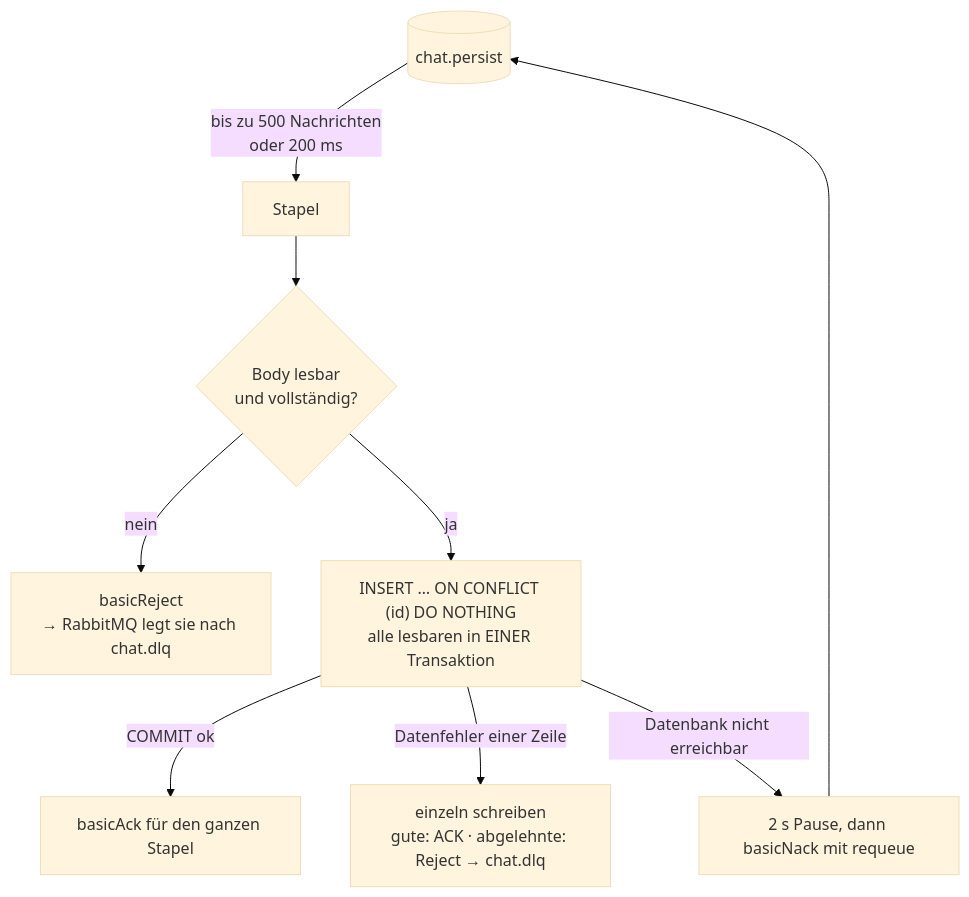
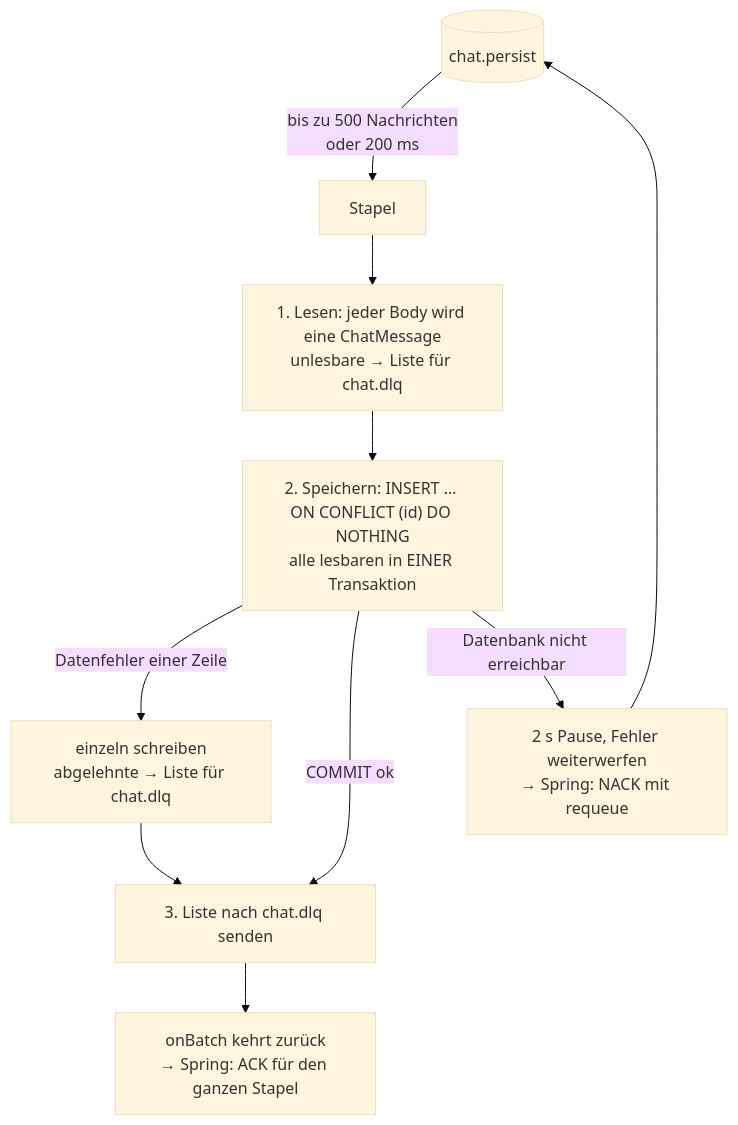
The diagram in docs/spec-batch-writer.md (omerhamdiu17-web/it3c-m321), drawn with Mermaid (base theme) before and after one commit. The commit also changed other lines of this file, not shown here.

Commit message:
docs: Spezifikation – Spring bestätigt die Stapel

````diff
--- a/docs/spec-batch-writer.md
+++ b/docs/spec-batch-writer.md
@@ -193,11 +197,12 @@
 ```mermaid
 flowchart TD
     Q[("chat.persist")] -->|"bis zu 500 Nachrichten<br/>oder 200 ms"| S["Stapel"]
-    S --> R{"Body lesbar<br/>und vollständig?"}
-    R -->|nein| X["basicReject<br/>→ RabbitMQ legt sie nach chat.dlq"]
-    R -->|ja| I["INSERT … ON CONFLICT (id) DO NOTHING<br/>alle lesbaren in EINER Transaktion"]
-    I -->|COMMIT ok| A["basicAck für den ganzen Stapel"]
-    I -->|Datenfehler einer Zeile| E["einzeln schreiben<br/>gute: ACK · abgelehnte: Reject → chat.dlq"]
-    I -->|Datenbank nicht erreichbar| N["2 s Pause, dann basicNack mit requeue"]
+    S --> L["1. Lesen: jeder Body wird eine ChatMessage<br/>unlesbare → Liste für chat.dlq"]
+    L --> I["2. Speichern: INSERT … ON CONFLICT (id) DO NOTHING<br/>alle lesbaren in EINER Transaktion"]
+    I -->|Datenfehler einer Zeile| E["einzeln schreiben<br/>abgelehnte → Liste für chat.dlq"]
+    I -->|COMMIT ok| D["3. Liste nach chat.dlq senden"]
+    E --> D
+    D --> A["onBatch kehrt zurück<br/>→ Spring: ACK für den ganzen Stapel"]
+    I -->|Datenbank nicht erreichbar| N["2 s Pause, Fehler weiterwerfen<br/>→ Spring: NACK mit requeue"]
     N --> Q
 ```
````
